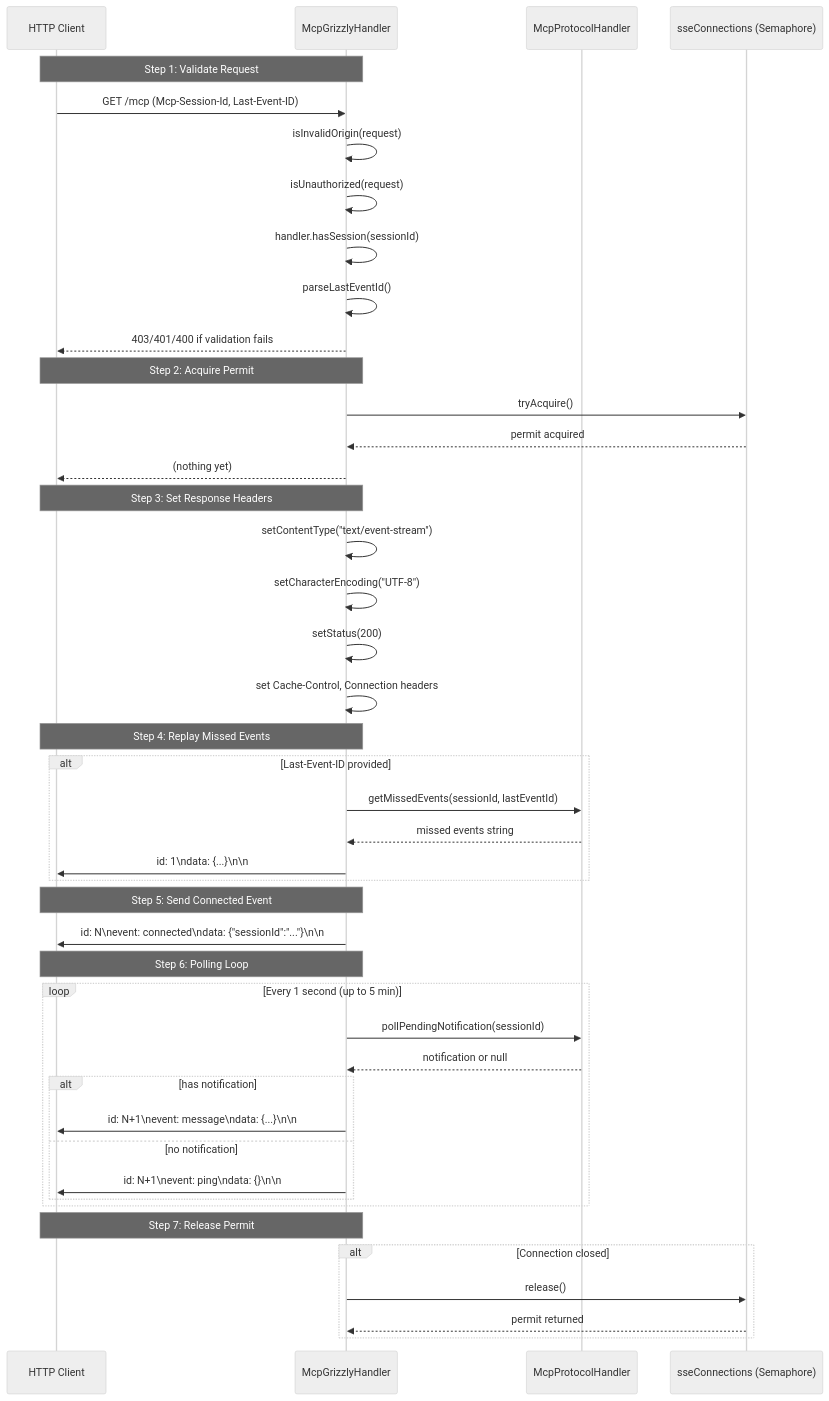
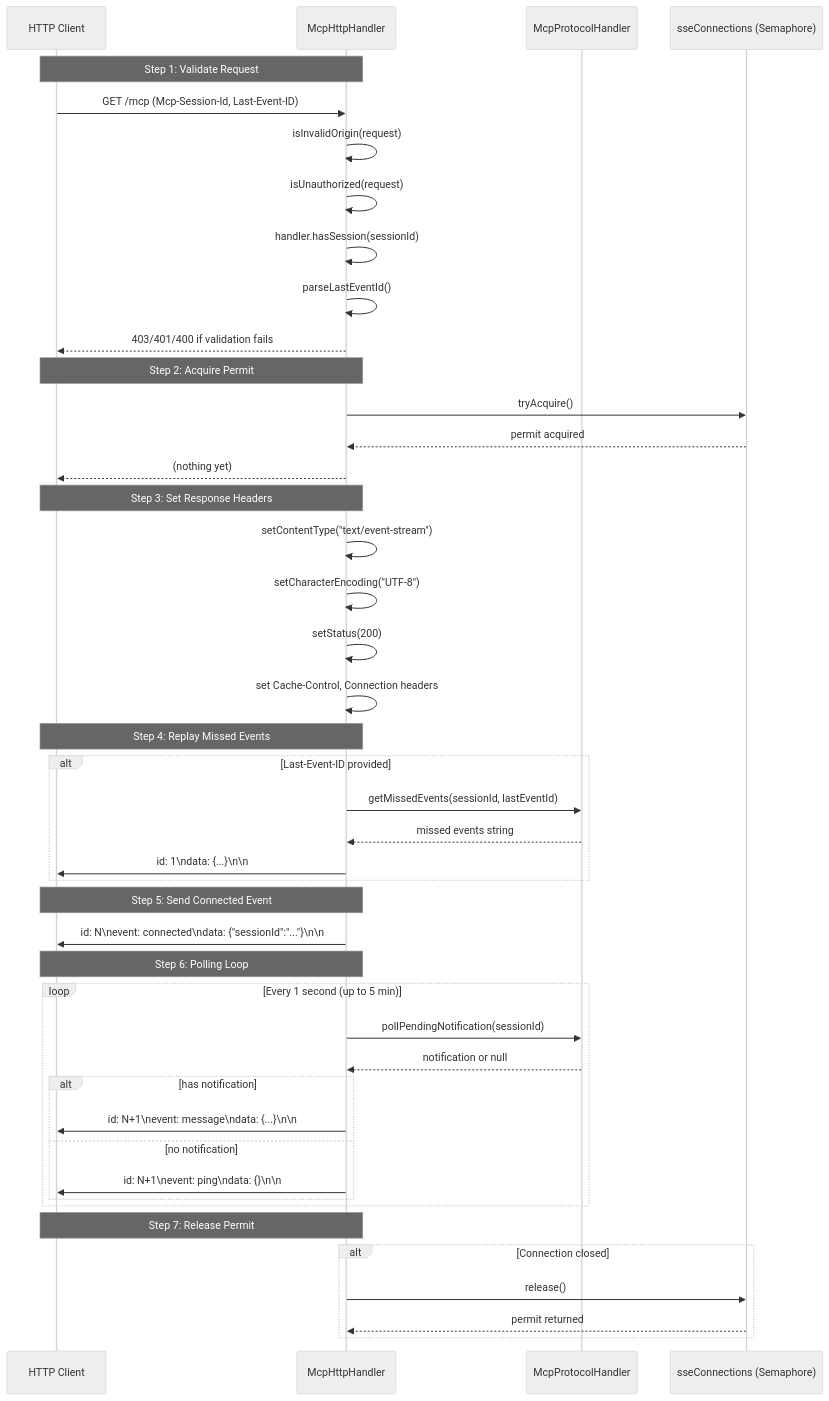
One commit to vinhphan812/mcp-java-sdk changed the first of 2 diagrams in docs/guides/TRANSPORT-SSE.md. Above: the diagram before and after it, drawn with Mermaid (neutral theme). The commit also changed other lines of this file and 8 other files, not shown here.

First line of the commit message:
docs: reconcile v1.0.1 docs, fix McpGrizzlyHandler references, update MCP compatibility

````diff
--- a/docs/guides/TRANSPORT-SSE.md
+++ b/docs/guides/TRANSPORT-SSE.md
@@ -17,53 +17,53 @@
 ```mermaid
 sequenceDiagram
     participant Client as HTTP Client
-    participant Handler as McpGrizzlyHandler
- participant Protocol as McpProtocolHandler
+    participant Handler as McpHttpHandler
+    participant Protocol as McpProtocolHandler
     participant Semaphore as sseConnections (Semaphore)
 
     Note over Client,Handler: Step 1: Validate Request
     Client->>Handler: GET /mcp (Mcp-Session-Id, Last-Event-ID)
     Handler->>Handler: isInvalidOrigin(request)
     Handler->>Handler: isUnauthorized(request)
     Handler->>Handler: handler.hasSession(sessionId)
     Handler->>Handler: parseLastEventId()
     Handler-->>Client: 403/401/400 if validation fails
 
     Note over Client,Handler: Step 2: Acquire Permit
     Handler->>Semaphore: tryAcquire()
     Semaphore-->>Handler: permit acquired
     Handler-->>Client: (nothing yet)
 
     Note over Client,Handler: Step 3: Set Response Headers
     Handler->>Handler: setContentType("text/event-stream")
     Handler->>Handler: setCharacterEncoding("UTF-8")
     Handler->>Handler: setStatus(200)
     Handler->>Handler: set Cache-Control, Connection headers
 
     Note over Client,Handler: Step 4: Replay Missed Events
     alt Last-Event-ID provided
         Handler->>Protocol: getMissedEvents(sessionId, lastEventId)
         Protocol-->>Handler: missed events string
         Handler->>Client: id: 1\ndata: {...}\n\n
     end
 
     Note over Client,Handler: Step 5: Send Connected Event
     Handler->>Client: id: N\nevent: connected\ndata: {"sessionId":"..."}\n\n
 
     Note over Client,Handler: Step 6: Polling Loop
     loop Every 1 second (up to 5 min)
         Handler->>Protocol: pollPendingNotification(sessionId)
         Protocol-->>Handler: notification or null
         alt has notification
             Handler->>Client: id: N+1\nevent: message\ndata: {...}\n\n
         else no notification
             Handler->>Client: id: N+1\nevent: ping\ndata: {}\n\n
         end
     end
 
     Note over Client,Handler: Step 7: Release Permit
     alt Connection closed
         Handler->>Semaphore: release()
         Semaphore-->>Handler: permit returned
     end
 ```
````
